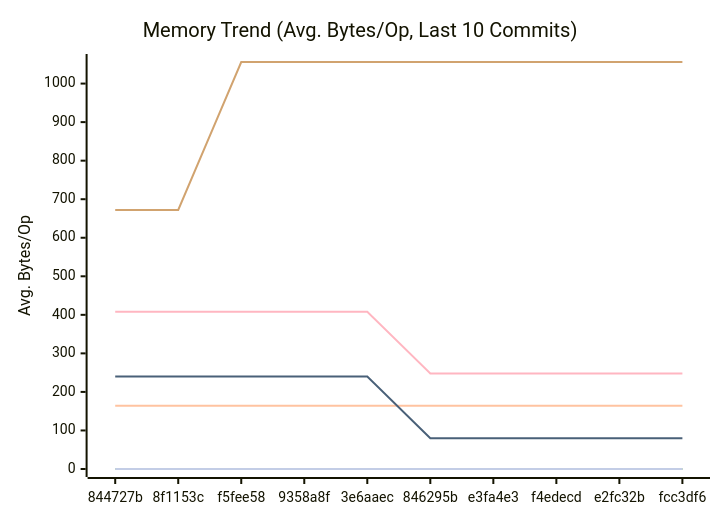
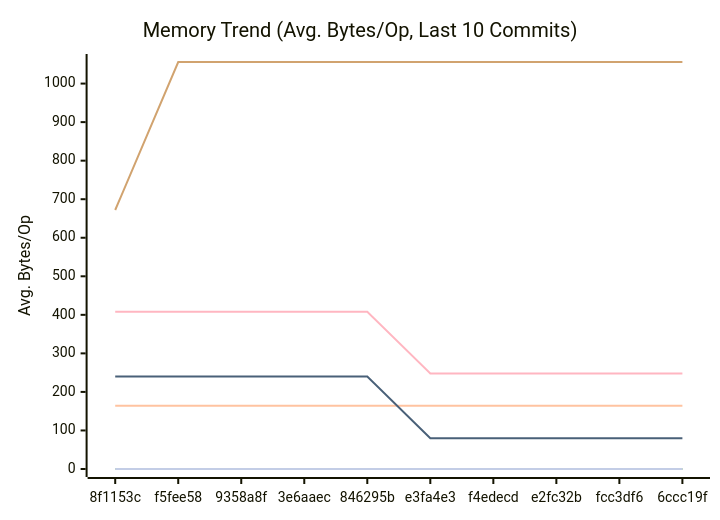
The second of 3 diagrams in docs/PERFORMANCE.md (alsotoes/momo), drawn with Mermaid before and after one commit. The commit also changed other lines of this file and 2 other files, not shown here.

````diff
--- a/docs/PERFORMANCE.md
+++ b/docs/PERFORMANCE.md
@@ -97,16 +97,16 @@
 ```mermaid
 xychart-beta
     title "Memory Trend (Avg. Bytes/Op, Last 10 Commits)"
     x-axis "Commit"
     y-axis "Avg. Bytes/Op"
-    x-axis [844727b,8f1153c,f5fee58,9358a8f,3e6aaec,846295b,e3fa4e3,f4edecd,e2fc32b,fcc3df6]
+    x-axis [8f1153c,f5fee58,9358a8f,3e6aaec,846295b,e3fa4e3,f4edecd,e2fc32b,fcc3df6,6ccc19f]
     line "CheckMetricsAndSwap" [0,0,0,0,0,0,0,0,0,0]
     line "CrushOptimized" [0,0,0,0,0,0,0,0,0,0]
     line "CrushOriginal" [164,164,164,164,164,164,164,164,164,164]
     line "IndexDirectTracking" [0,0,0,0,0,0,0,0,0,0]
     line "IndexSearch" [0,0,0,0,0,0,0,0,0,0]
-    line "LoadGlobalConfig" [672,672,1056,1056,1056,1056,1056,1056,1056,1056]
+    line "LoadGlobalConfig" [672,1056,1056,1056,1056,1056,1056,1056,1056,1056]
     line "PadString" [0,0,0,0,0,0,0,0,0,0]
     line "ParseReplicationOrder_NoPrealloc" [408,408,408,408,408,248,248,248,248,248]
     line "ParseReplicationOrder_Prealloc" [240,240,240,240,240,80,80,80,80,80]
 ```
````
